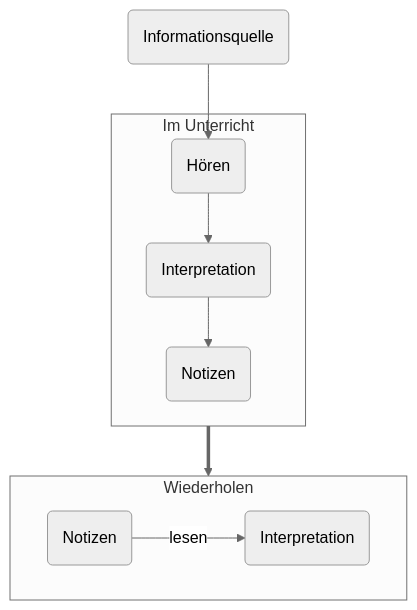
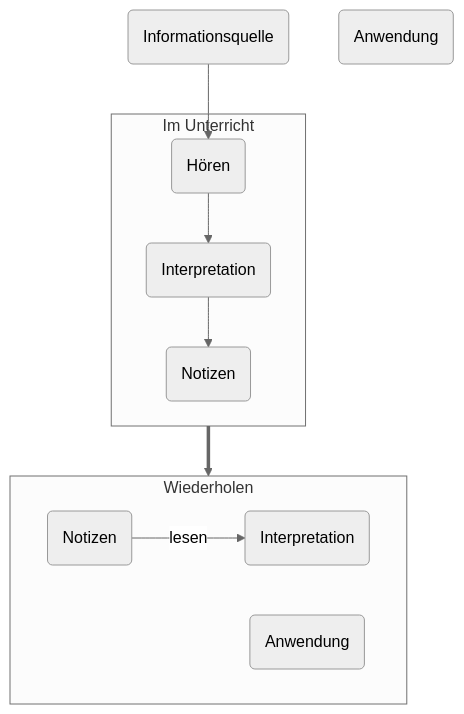
One commit to julianstoerig/zettelkasten changed the diagram in 📝 - Arbeitsplatz/Aufschlüsselung der Effekte von Notizen.md. Above: the diagram before and after it, drawn with Mermaid (neutral theme).

Commit message:
automatic version-control: 2021-01-15 18:35:18

````diff
--- a/📝 - Arbeitsplatz/Aufschlüsselung der Effekte von Notizen.md
+++ b/📝 - Arbeitsplatz/Aufschlüsselung der Effekte von Notizen.md
@@ -1,22 +1,25 @@
 ```mermaid
 flowchart TB
 
 Iq(Informationsquelle)
 N(Notizen)
 H(Hören)
 I(Interpretation)
+A(Anwendung)
+N2(Notizen)
 I2(Interpretation)
-N2(Notizen)
+A2(Anwendung)
 Iq --> H
 
 subgraph Ps[Im Unterricht]
 	H --> I
 	I --> N
 end
 
 subgraph Pt[Wiederholen]
 	N2 -->|lesen| I2
+	A2
 end
 
 Ps ==> Pt
 ```
````
